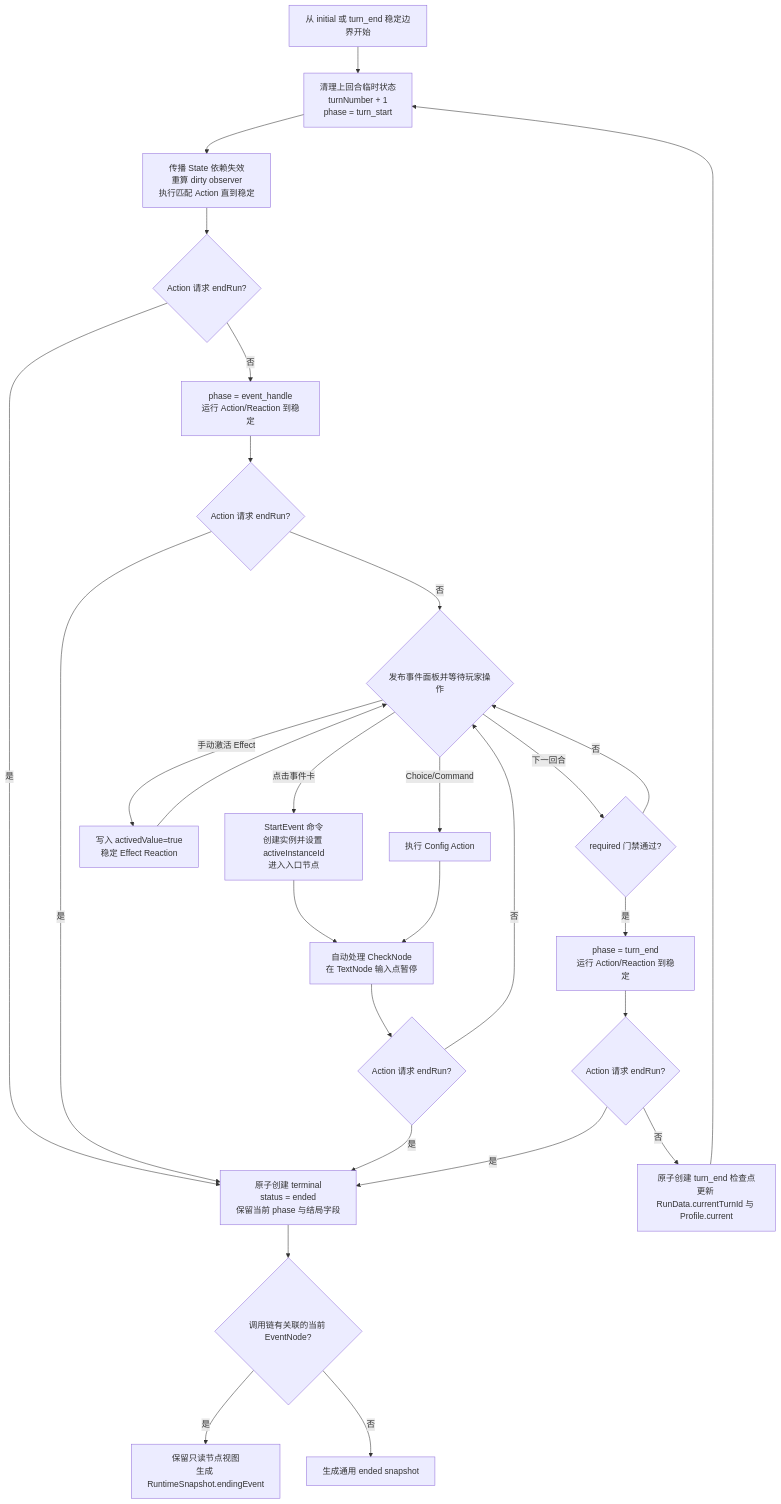
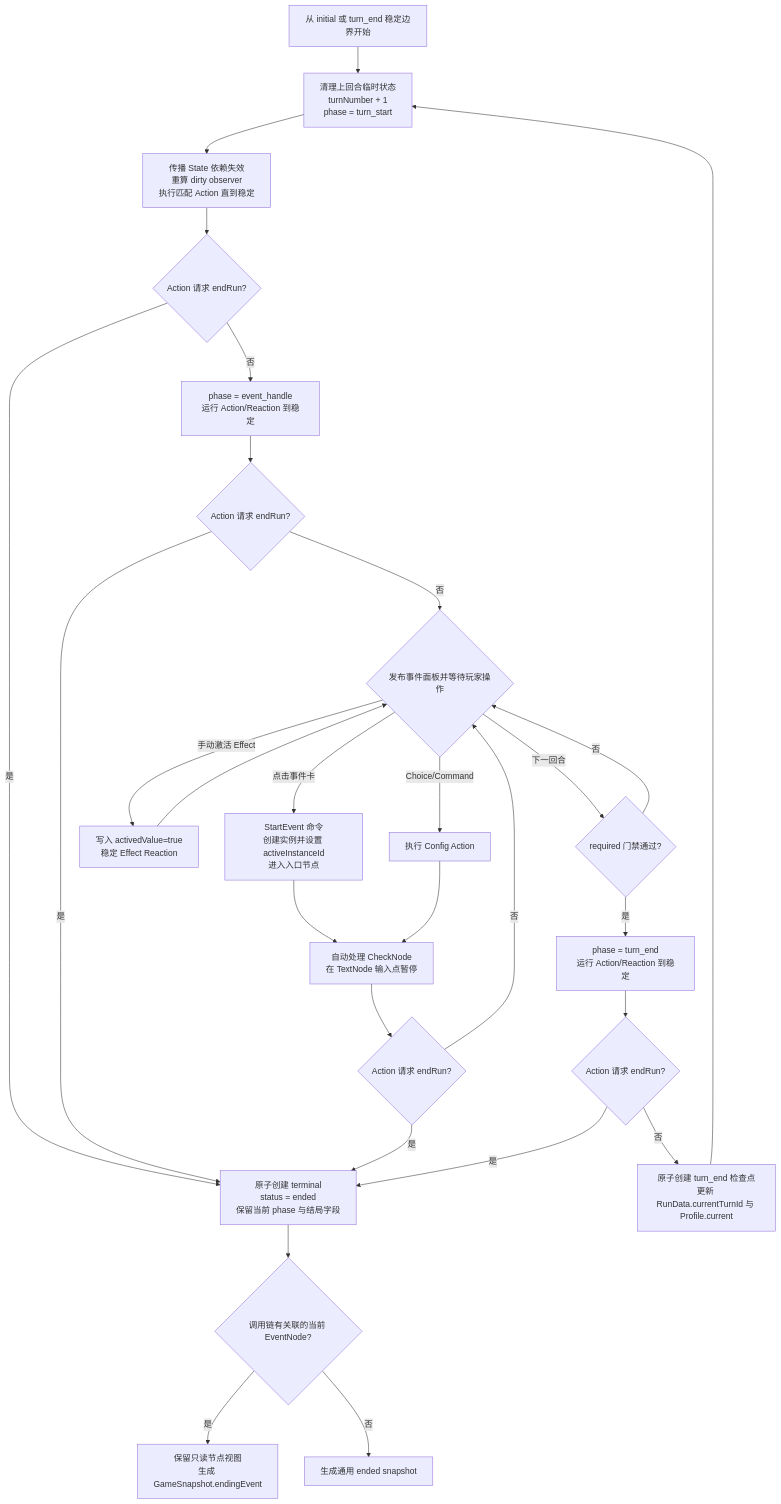
Before and after one commit to IanYet/maker-simulator: the diagram in docs/game-design/gameplay-runtime-flow.md, drawn with Mermaid. The commit also changed other lines of this file and 96 other files, not shown here.

````diff
--- a/docs/game-design/gameplay-runtime-flow.md
+++ b/docs/game-design/gameplay-runtime-flow.md
@@ -282,30 +118,30 @@
 ```mermaid
 flowchart TD
     A[从 initial 或 turn_end 稳定边界开始] --> B[清理上回合临时状态<br/>turnNumber + 1<br/>phase = turn_start]
     B --> C[传播 State 依赖失效<br/>重算 dirty observer<br/>执行匹配 Action 直到稳定]
     C --> D{Action 请求 endRun?}
     D -- 是 --> Z[原子创建 terminal<br/>status = ended<br/>保留当前 phase 与结局字段]
     D -- 否 --> E[phase = event_handle<br/>运行 Action/Reaction 到稳定]
     E --> E2{Action 请求 endRun?}
     E2 -- 是 --> Z
     E2 -- 否 --> F{发布事件面板并等待玩家操作}
     F -- 点击事件卡 --> G[StartEvent 命令<br/>创建实例并设置 activeInstanceId<br/>进入入口节点]
     F -- Choice/Command --> H[执行 Config Action]
     F -- 手动激活 Effect --> H2[写入 activedValue=true<br/>稳定 Effect Reaction]
     H2 --> F
     F -- 下一回合 --> I{required 门禁通过?}
     I -- 否 --> F
     I -- 是 --> J[phase = turn_end<br/>运行 Action/Reaction 到稳定]
     G --> K[自动处理 CheckNode<br/>在 TextNode 输入点暂停]
     H --> K
     K --> L{Action 请求 endRun?}
     L -- 是 --> Z
     L -- 否 --> F
     J --> M{Action 请求 endRun?}
     M -- 是 --> Z
     M -- 否 --> N[原子创建 turn_end 检查点<br/>更新 RunData.currentTurnId 与 Profile.current]
     N --> B
     Z --> O{调用链有关联的当前 EventNode?}
-    O -- 是 --> P[保留只读节点视图<br/>生成 RuntimeSnapshot.endingEvent]
+    O -- 是 --> P[保留只读节点视图<br/>生成 GameSnapshot.endingEvent]
     O -- 否 --> Q[生成通用 ended snapshot]
 ```
````
